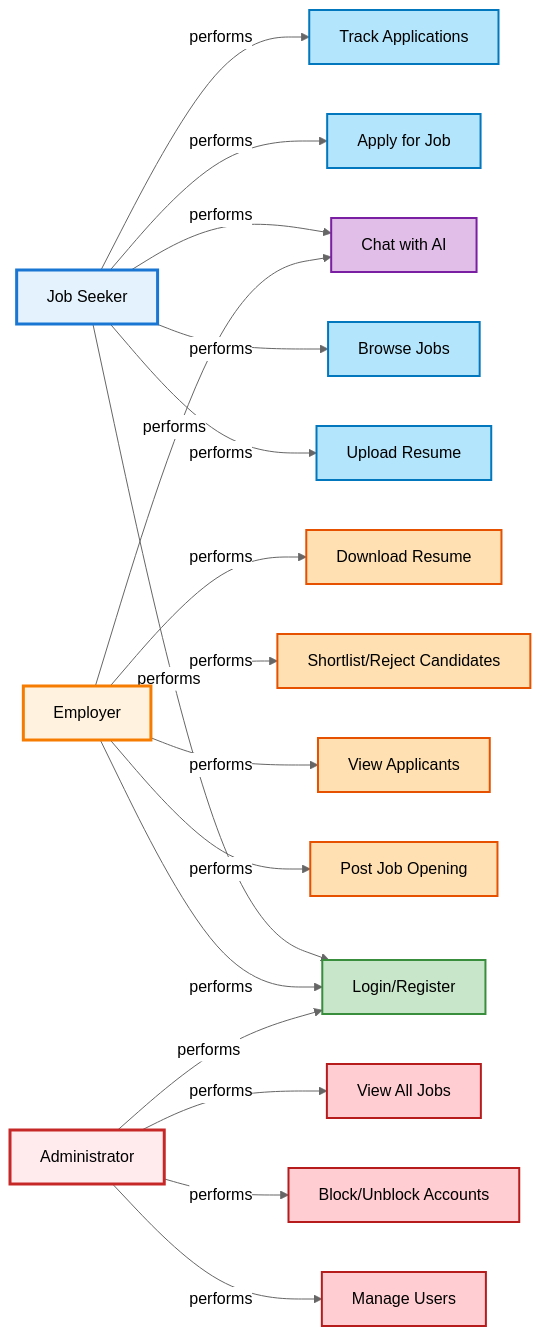
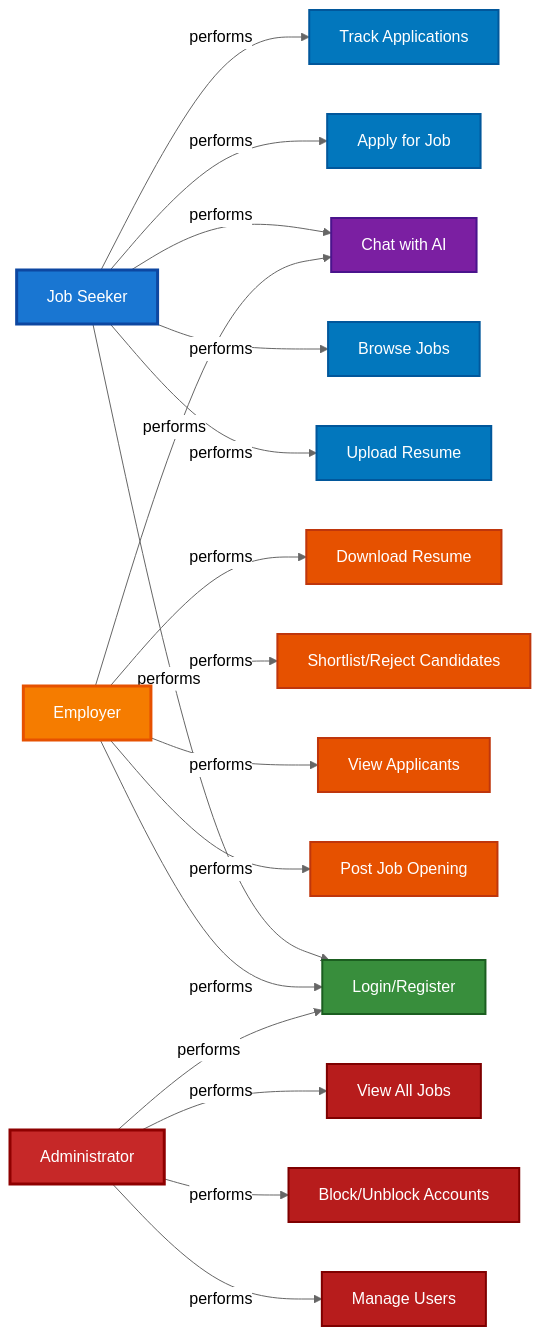
One commit to neeraj2710/Elevare_Hibernate changed the second of 4 diagrams in readme.md. Above: the diagram before and after it, drawn with Mermaid (neutral theme). The commit also changed other lines of this file, not shown here.

````diff
--- a/readme.md
+++ b/readme.md
@@ -227,50 +227,50 @@
 ```mermaid
 flowchart LR
     %% Actors
     JobSeeker[Job Seeker]
     Employer[Employer]
     Admin[Administrator]
 
     %% Job Seeker Use Cases
     JobSeeker -->|performs| Login[Login/Register]
     JobSeeker -->|performs| UploadResume[Upload Resume]
     JobSeeker -->|performs| BrowseJobs[Browse Jobs]
     JobSeeker -->|performs| ApplyJob[Apply for Job]
     JobSeeker -->|performs| TrackApp[Track Applications]
     JobSeeker -->|performs| ChatAI[Chat with AI]
 
     %% Employer Use Cases
     Employer -->|performs| Login
     Employer -->|performs| PostJob[Post Job Opening]
     Employer -->|performs| ViewApplicants[View Applicants]
     Employer -->|performs| Shortlist[Shortlist/Reject Candidates]
     Employer -->|performs| DownloadResume[Download Resume]
     Employer -->|performs| ChatAI
 
     %% Admin Use Cases
     Admin -->|performs| Login
     Admin -->|performs| ManageUsers[Manage Users]
     Admin -->|performs| BlockUser[Block/Unblock Accounts]
     Admin -->|performs| ViewJobs[View All Jobs]
 
-    %% Styling
-    style JobSeeker fill:#E3F2FD,stroke:#1976D2,stroke-width:3px
-    style Employer fill:#FFF3E0,stroke:#F57C00,stroke-width:3px
-    style Admin fill:#FFEBEE,stroke:#C62828,stroke-width:3px
+    %% Styling with better contrast
+    style JobSeeker fill:#1976D2,stroke:#0D47A1,stroke-width:3px,color:#fff
+    style Employer fill:#F57C00,stroke:#E65100,stroke-width:3px,color:#fff
+    style Admin fill:#C62828,stroke:#8E0000,stroke-width:3px,color:#fff
 
-    style Login fill:#C8E6C9,stroke:#388E3C,stroke-width:2px
-    style UploadResume fill:#B3E5FC,stroke:#0277BD,stroke-width:2px
-    style BrowseJobs fill:#B3E5FC,stroke:#0277BD,stroke-width:2px
-    style ApplyJob fill:#B3E5FC,stroke:#0277BD,stroke-width:2px
-    style TrackApp fill:#B3E5FC,stroke:#0277BD,stroke-width:2px
-    style ChatAI fill:#E1BEE7,stroke:#7B1FA2,stroke-width:2px
+    style Login fill:#388E3C,stroke:#1B5E20,stroke-width:2px,color:#fff
+    style UploadResume fill:#0277BD,stroke:#01579B,stroke-width:2px,color:#fff
+    style BrowseJobs fill:#0277BD,stroke:#01579B,stroke-width:2px,color:#fff
+    style ApplyJob fill:#0277BD,stroke:#01579B,stroke-width:2px,color:#fff
+    style TrackApp fill:#0277BD,stroke:#01579B,stroke-width:2px,color:#fff
+    style ChatAI fill:#7B1FA2,stroke:#4A148C,stroke-width:2px,color:#fff
 
-    style PostJob fill:#FFE0B2,stroke:#E65100,stroke-width:2px
-    style ViewApplicants fill:#FFE0B2,stroke:#E65100,stroke-width:2px
-    style Shortlist fill:#FFE0B2,stroke:#E65100,stroke-width:2px
-    style DownloadResume fill:#FFE0B2,stroke:#E65100,stroke-width:2px
+    style PostJob fill:#E65100,stroke:#BF360C,stroke-width:2px,color:#fff
+    style ViewApplicants fill:#E65100,stroke:#BF360C,stroke-width:2px,color:#fff
+    style Shortlist fill:#E65100,stroke:#BF360C,stroke-width:2px,color:#fff
+    style DownloadResume fill:#E65100,stroke:#BF360C,stroke-width:2px,color:#fff
 
-    style ManageUsers fill:#FFCDD2,stroke:#B71C1C,stroke-width:2px
-    style BlockUser fill:#FFCDD2,stroke:#B71C1C,stroke-width:2px
-    style ViewJobs fill:#FFCDD2,stroke:#B71C1C,stroke-width:2px
+    style ManageUsers fill:#B71C1C,stroke:#7F0000,stroke-width:2px,color:#fff
+    style BlockUser fill:#B71C1C,stroke:#7F0000,stroke-width:2px,color:#fff
+    style ViewJobs fill:#B71C1C,stroke:#7F0000,stroke-width:2px,color:#fff
 ```
````
